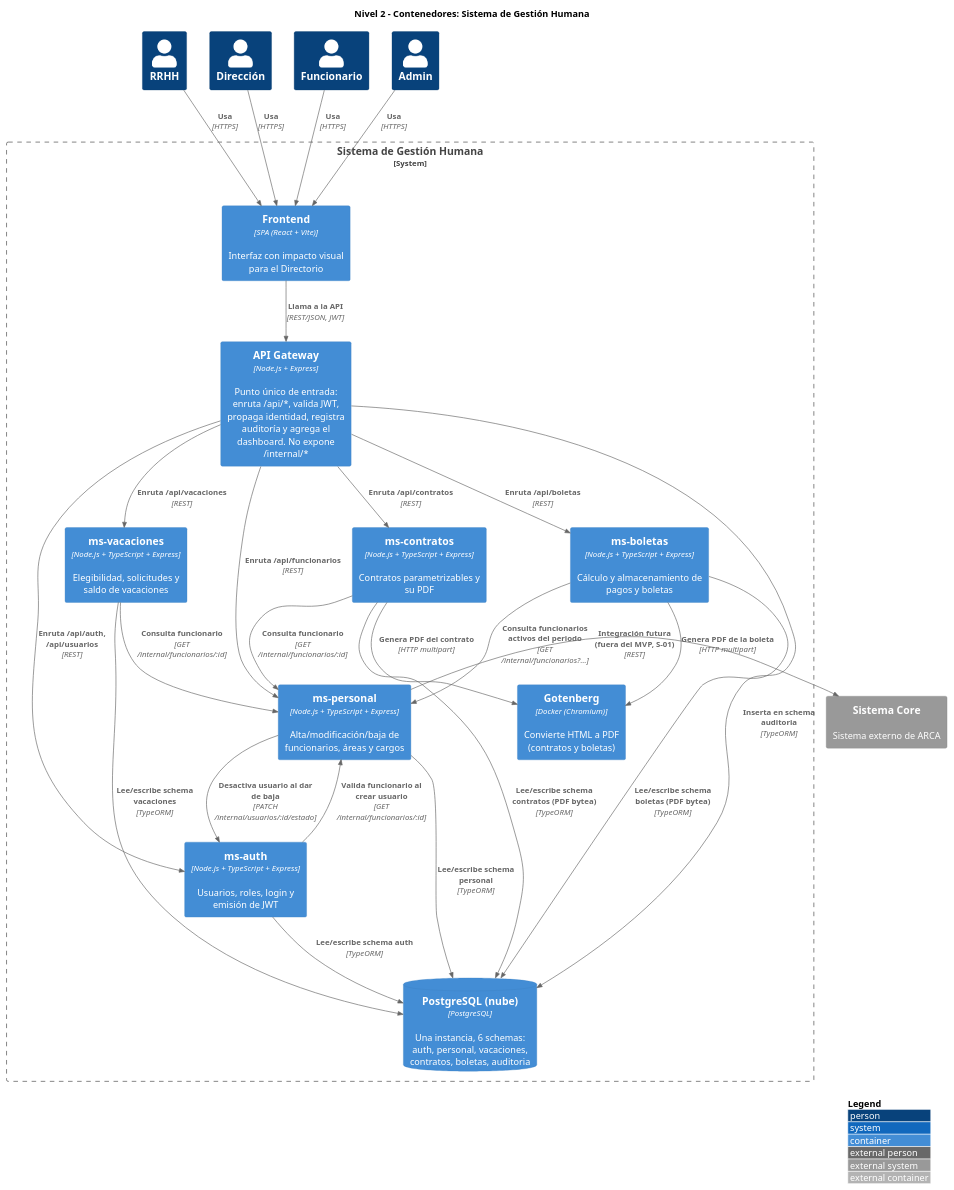
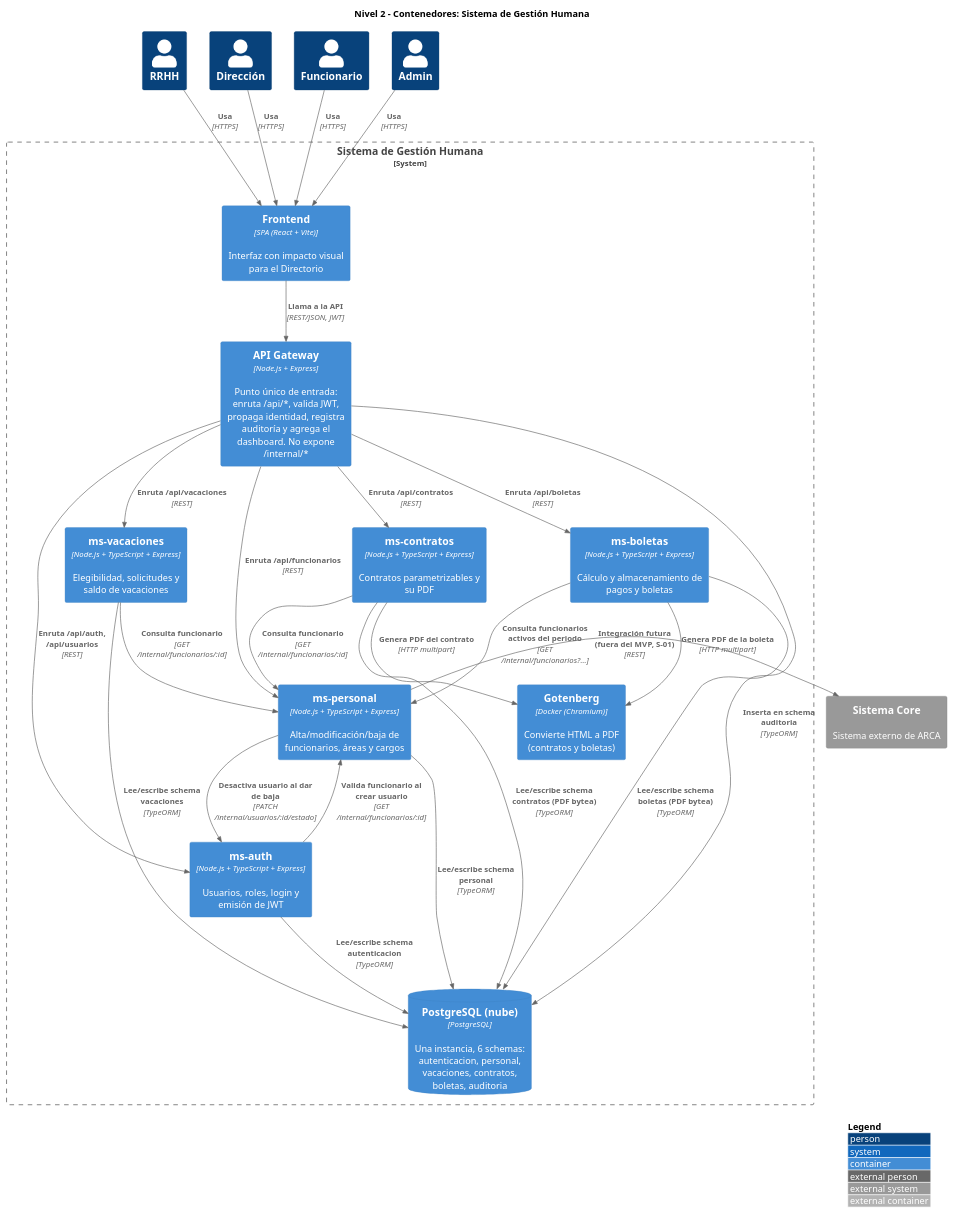
Before and after one commit to menchaca-andres/backend-arca: the diagram in docs/c4/nivel2-contenedores.puml, drawn with PlantUML. The commit also changed 14 other files, not shown here.

First line of the commit message:
Renombra schema auth a autenticacion y deja listo el entorno local

```diff
--- a/docs/c4/nivel2-contenedores.puml
+++ b/docs/c4/nivel2-contenedores.puml
@@ -1,51 +1,51 @@
 @startuml C4_Nivel2_Contenedores
 !include <C4/C4_Container>
 LAYOUT_WITH_LEGEND()
 title Nivel 2 – Contenedores: Sistema de Gestión Humana
 
 Person(rrhh, "RRHH")
 Person(direccion, "Dirección")
 Person(funcionario, "Funcionario")
 Person(admin, "Admin")
 System_Ext(core, "Sistema Core", "Sistema externo de ARCA")
 
 System_Boundary(gh, "Sistema de Gestión Humana") {
   Container(spa, "Frontend", "SPA (React + Vite)", "Interfaz con impacto visual para el Directorio")
   Container(gw, "API Gateway", "Node.js + Express", "Punto único de entrada: enruta /api/*, valida JWT, propaga identidad, registra auditoría y agrega el dashboard. No expone /internal/*")
   Container(auth, "ms-auth", "Node.js + TypeScript + Express", "Usuarios, roles, login y emisión de JWT")
   Container(personal, "ms-personal", "Node.js + TypeScript + Express", "Alta/modificación/baja de funcionarios, áreas y cargos")
   Container(vac, "ms-vacaciones", "Node.js + TypeScript + Express", "Elegibilidad, solicitudes y saldo de vacaciones")
   Container(contr, "ms-contratos", "Node.js + TypeScript + Express", "Contratos parametrizables y su PDF")
   Container(bol, "ms-boletas", "Node.js + TypeScript + Express", "Cálculo y almacenamiento de pagos y boletas")
   Container(gotenberg, "Gotenberg", "Docker (Chromium)", "Convierte HTML a PDF (contratos y boletas)")
-  ContainerDb(db, "PostgreSQL (nube)", "PostgreSQL", "Una instancia, 6 schemas: auth, personal, vacaciones, contratos, boletas, auditoria")
+  ContainerDb(db, "PostgreSQL (nube)", "PostgreSQL", "Una instancia, 6 schemas: autenticacion, personal, vacaciones, contratos, boletas, auditoria")
 }
 
 Rel(rrhh, spa, "Usa", "HTTPS")
 Rel(direccion, spa, "Usa", "HTTPS")
 Rel(funcionario, spa, "Usa", "HTTPS")
 Rel(admin, spa, "Usa", "HTTPS")
 Rel(spa, gw, "Llama a la API", "REST/JSON, JWT")
 
 Rel(gw, auth, "Enruta /api/auth, /api/usuarios", "REST")
 Rel(gw, personal, "Enruta /api/funcionarios", "REST")
 Rel(gw, vac, "Enruta /api/vacaciones", "REST")
 Rel(gw, contr, "Enruta /api/contratos", "REST")
 Rel(gw, bol, "Enruta /api/boletas", "REST")
 
 Rel(personal, auth, "Desactiva usuario al dar de baja", "PATCH /internal/usuarios/:id/estado")
 Rel(auth, personal, "Valida funcionario al crear usuario", "GET /internal/funcionarios/:id")
 Rel(vac, personal, "Consulta funcionario", "GET /internal/funcionarios/:id")
 Rel(contr, personal, "Consulta funcionario", "GET /internal/funcionarios/:id")
 Rel(bol, personal, "Consulta funcionarios activos del periodo", "GET /internal/funcionarios?...")
 Rel(contr, gotenberg, "Genera PDF del contrato", "HTTP multipart")
 Rel(bol, gotenberg, "Genera PDF de la boleta", "HTTP multipart")
 
-Rel(auth, db, "Lee/escribe schema auth", "TypeORM")
+Rel(auth, db, "Lee/escribe schema autenticacion", "TypeORM")
 Rel(personal, db, "Lee/escribe schema personal", "TypeORM")
 Rel(gw, db, "Inserta en schema auditoria", "TypeORM")
 Rel(vac, db, "Lee/escribe schema vacaciones", "TypeORM")
 Rel(contr, db, "Lee/escribe schema contratos (PDF bytea)", "TypeORM")
 Rel(bol, db, "Lee/escribe schema boletas (PDF bytea)", "TypeORM")
 Rel_R(personal, core, "Integración futura (fuera del MVP, S-01)", "REST")
 @enduml
```
